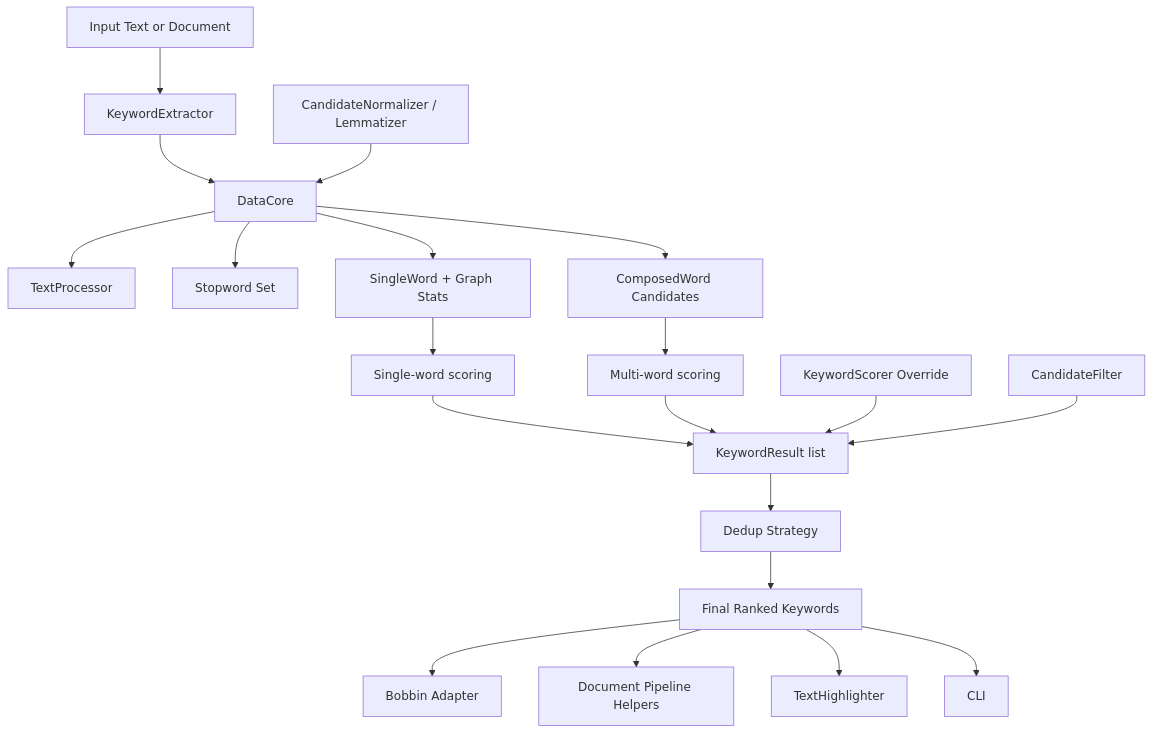
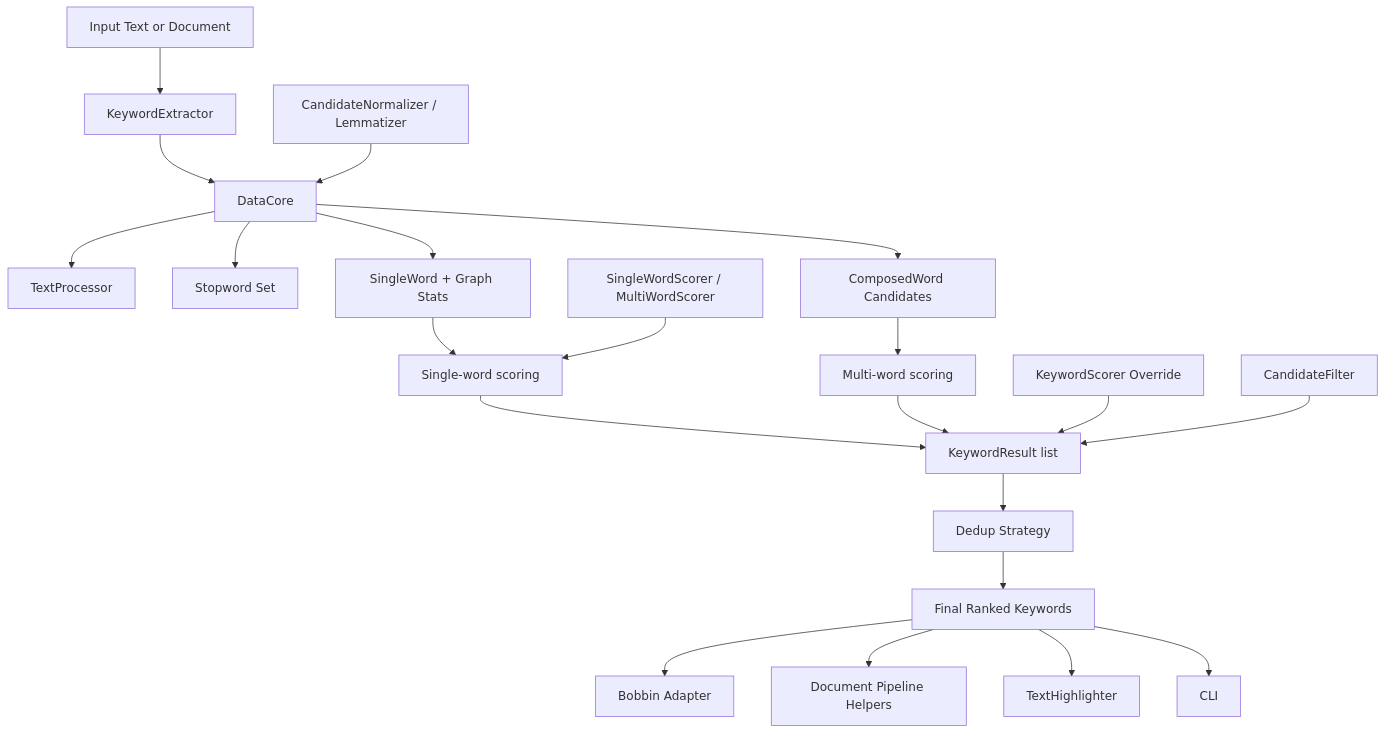
Before and after one commit to adewale/yaket: the diagram in docs/architecture.md, drawn with Mermaid. The commit also changed other lines of this file and 2 other files, not shown here.

Commit message:
Update documentation for canonical options and scorer hooks
This refreshes the architecture, pipeline, and roadmap docs so they match the canonical option surface, new first-class scorer hooks, and current seqm tuning direction.

````diff
--- a/docs/architecture.md
+++ b/docs/architecture.md
@@ -14,24 +14,25 @@
 ```mermaid
 flowchart TD
     A[Input Text or Document] --> B[KeywordExtractor]
     B --> C[DataCore]
     C --> D[TextProcessor]
     C --> E[Stopword Set]
     C --> F[SingleWord + Graph Stats]
     C --> G[ComposedWord Candidates]
     F --> H[Single-word scoring]
     G --> I[Multi-word scoring]
     H --> J[KeywordResult list]
     I --> J
     J --> K[Dedup Strategy]
     K --> L[Final Ranked Keywords]
 
     M[CandidateNormalizer / Lemmatizer] --> C
-    N[KeywordScorer Override] --> J
-    O[CandidateFilter] --> J
+    N[SingleWordScorer / MultiWordScorer] --> H
+    O[KeywordScorer Override] --> J
+    P[CandidateFilter] --> J
 
-    L --> P[Bobbin Adapter]
-    L --> Q[Document Pipeline Helpers]
-    L --> R[TextHighlighter]
-    L --> S[CLI]
+    L --> Q[Bobbin Adapter]
+    L --> R[Document Pipeline Helpers]
+    L --> S[TextHighlighter]
+    L --> T[CLI]
 ```
````
